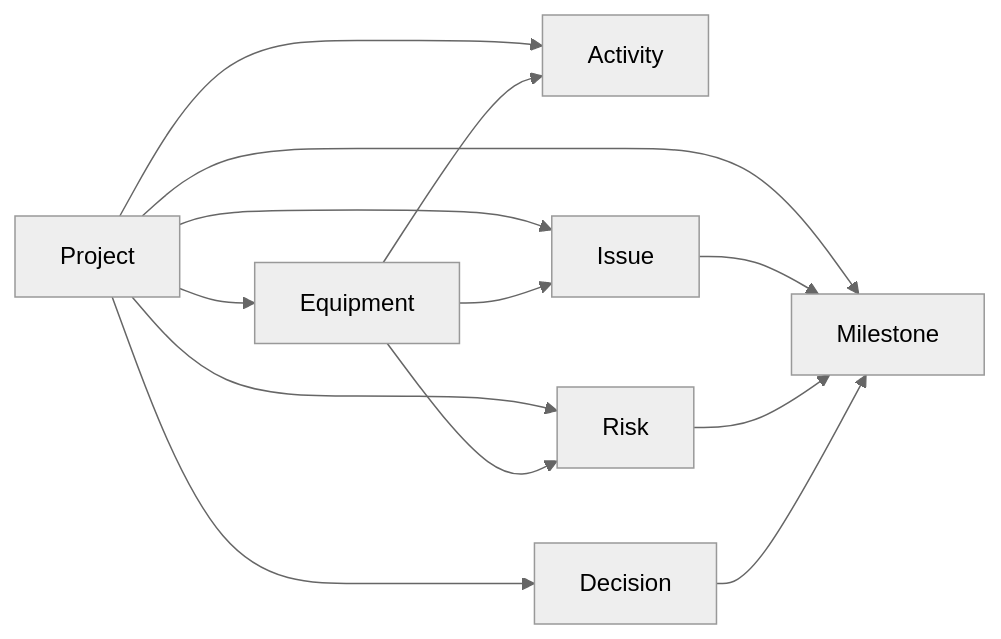
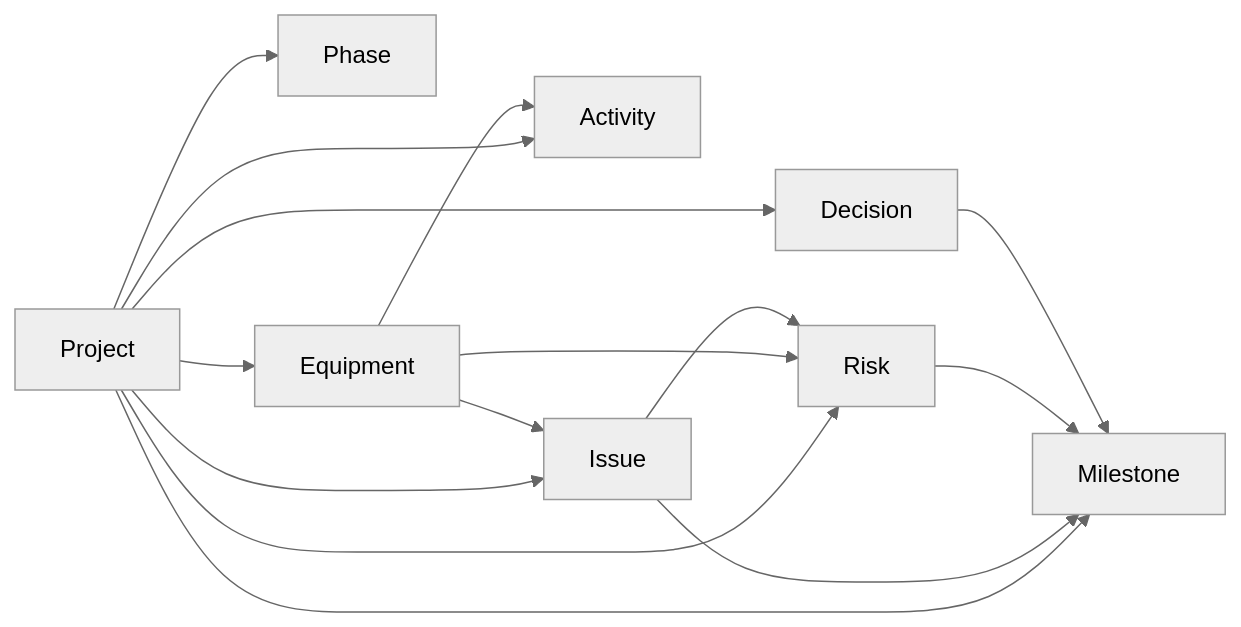
Before and after one commit to aleksei-shavrin/pharma-demo: the diagram in docs/02-business-analysis/domain-model-demo-v1.md, drawn with Mermaid (neutral theme). The commit also changed other lines of this file and 16 other files, not shown here.

````diff
--- a/docs/02-business-analysis/domain-model-demo-v1.md
+++ b/docs/02-business-analysis/domain-model-demo-v1.md
@@ -50,15 +91,17 @@
 ```mermaid
 flowchart LR
+  Project --> Phase
   Project --> Milestone
   Project --> Equipment
   Project --> Activity
   Project --> Risk
   Project --> Issue
   Project --> Decision
   Equipment --> Activity
   Equipment --> Issue
   Equipment --> Risk
+  Issue --> Risk
   Issue --> Milestone
   Risk --> Milestone
   Decision --> Milestone
 ```
````
